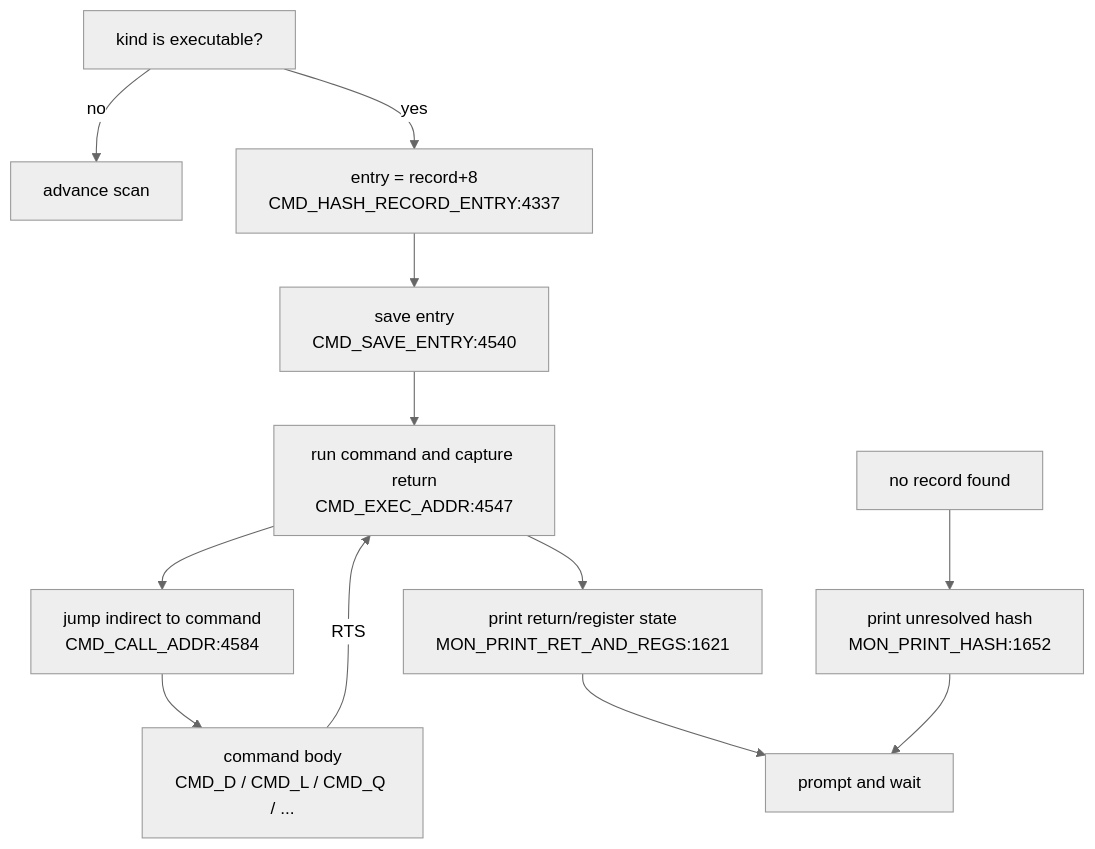
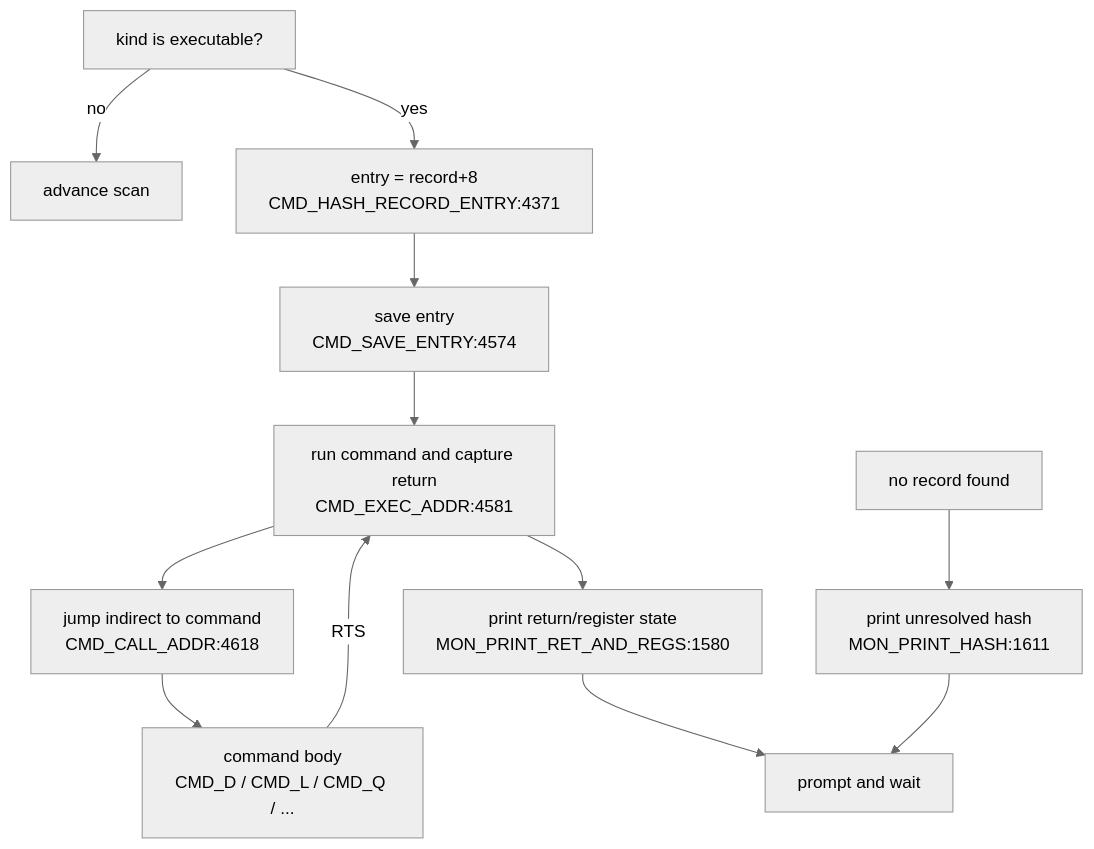
The fourth of 4 diagrams in DOC/GENERATED/CMD_FLOW_MAP.md (95westus/R-YORS), drawn with Mermaid (neutral theme) before and after one commit. The commit also changed other lines of this file and 29 other files, not shown here.

````diff
--- a/DOC/GENERATED/CMD_FLOW_MAP.md
+++ b/DOC/GENERATED/CMD_FLOW_MAP.md
@@ -58,14 +58,14 @@
 ```mermaid
 flowchart TD
     EXECOK["kind is executable?"] -->|no| ADV["advance scan"]
-    EXECOK -->|yes| ENTRY["entry = record+8<br/>CMD_HASH_RECORD_ENTRY:4337"]
-    ENTRY --> SAVEENTRY["save entry<br/>CMD_SAVE_ENTRY:4540"]
-    SAVEENTRY --> RUN["run command and capture return<br/>CMD_EXEC_ADDR:4547"]
-    RUN --> CALL["jump indirect to command<br/>CMD_CALL_ADDR:4584"]
+    EXECOK -->|yes| ENTRY["entry = record+8<br/>CMD_HASH_RECORD_ENTRY:4371"]
+    ENTRY --> SAVEENTRY["save entry<br/>CMD_SAVE_ENTRY:4574"]
+    SAVEENTRY --> RUN["run command and capture return<br/>CMD_EXEC_ADDR:4581"]
+    RUN --> CALL["jump indirect to command<br/>CMD_CALL_ADDR:4618"]
     CALL --> BODY["command body<br/>CMD_D / CMD_L / CMD_Q / ..."]
     BODY -->|RTS| RUN
-    RUN --> RETPRINT["print return/register state<br/>MON_PRINT_RET_AND_REGS:1621"]
+    RUN --> RETPRINT["print return/register state<br/>MON_PRINT_RET_AND_REGS:1580"]
     RETPRINT --> LOOP["prompt and wait"]
-    MISS["no record found"] --> PRHASH["print unresolved hash<br/>MON_PRINT_HASH:1652"]
+    MISS["no record found"] --> PRHASH["print unresolved hash<br/>MON_PRINT_HASH:1611"]
     PRHASH --> LOOP
 ```
````
